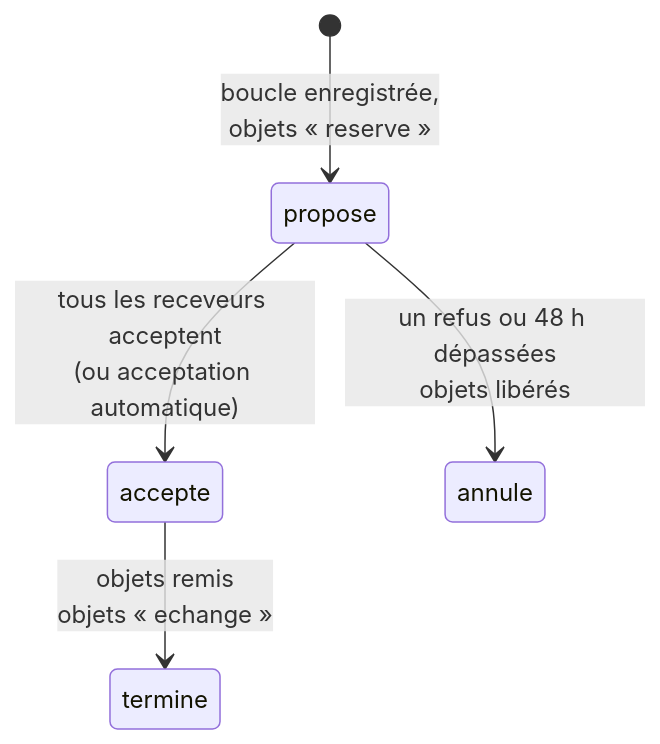
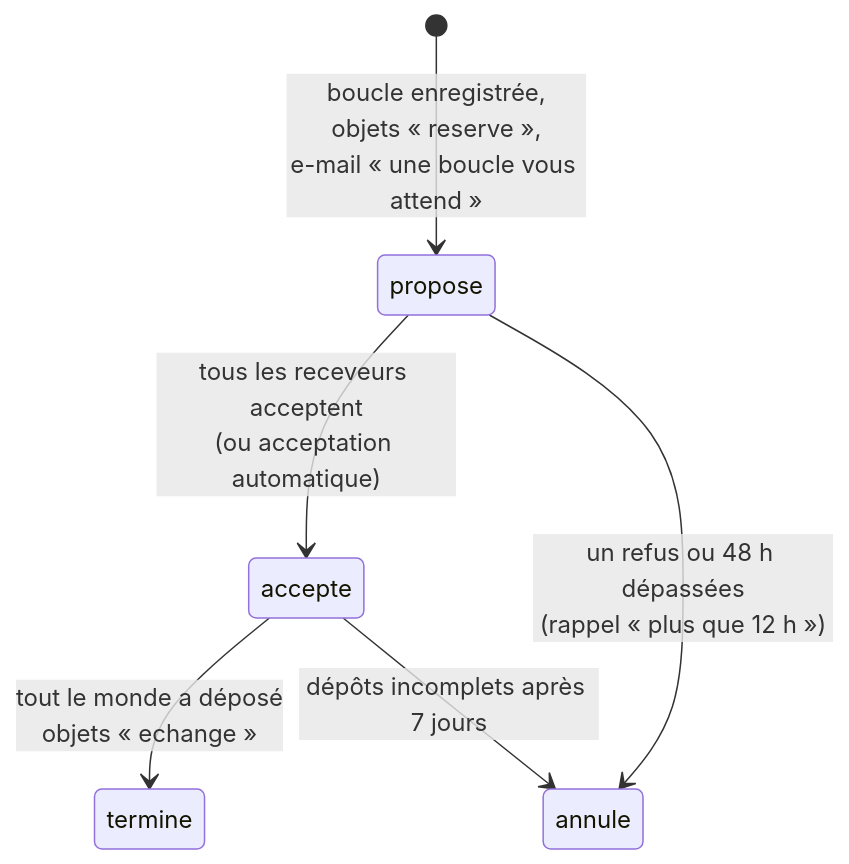
Before and after one commit to benchamply-cmyk/montroc: the second of 2 diagrams in docs/01-architecture.md, drawn with Mermaid. The commit also changed other lines of this file and 32 other files, not shown here.

````diff
--- a/docs/01-architecture.md
+++ b/docs/01-architecture.md
@@ -56,7 +63,8 @@
 ```mermaid
 stateDiagram-v2
-    [*] --> propose: boucle enregistrée,<br/>objets « reserve »
+    [*] --> propose: boucle enregistrée,<br/>objets « reserve »,<br/>e-mail « une boucle vous attend »
     propose --> accepte: tous les receveurs acceptent<br/>(ou acceptation automatique)
-    propose --> annule: un refus ou 48 h dépassées<br/>objets libérés
-    accepte --> termine: objets remis<br/>objets « echange »
+    propose --> annule: un refus ou 48 h dépassées<br/>(rappel « plus que 12 h »)
+    accepte --> termine: tout le monde a déposé<br/>objets « echange »
+    accepte --> annule: dépôts incomplets après 7 jours
 ```
````
